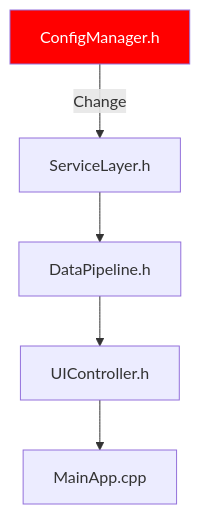
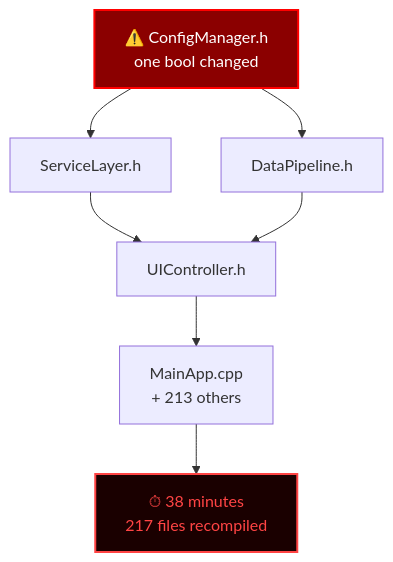
The second of 29 diagrams in talk/crg_architecture_talk.md (CT-74/CapabilityRoutingGrid), drawn with Mermaid before and after one commit. The commit also changed other lines of this file and 2 other files, not shown here.

````diff
--- a/talk/crg_architecture_talk.md
+++ b/talk/crg_architecture_talk.md
@@ -47,8 +52,12 @@
 ```mermaid
 graph TD
-    CM["ConfigManager.h"] -- "Change" --> S1["ServiceLayer.h"]
-    S1 --> S2["DataPipeline.h"]
-    S2 --> S3["UIController.h"]
-    S3 --> S4["MainApp.cpp"]
-    style CM fill:#f00,color:#fff
+    CM["⚠️ ConfigManager.h\none bool changed"]:::red
+    CM --> S1["ServiceLayer.h"]
+    CM --> S2["DataPipeline.h"]
+    S1 --> S3["UIController.h"]
+    S2 --> S3
+    S3 --> END["MainApp.cpp\n+ 213 others"]
+    END --> T["⏱ 38 minutes\n217 files recompiled"]:::timer
+    classDef red fill:#8b0000,color:#fff,stroke:#ff0000,stroke-width:2px
+    classDef timer fill:#1a0000,color:#ff4444,stroke:#ff4444,stroke-width:2px
 ```
````
